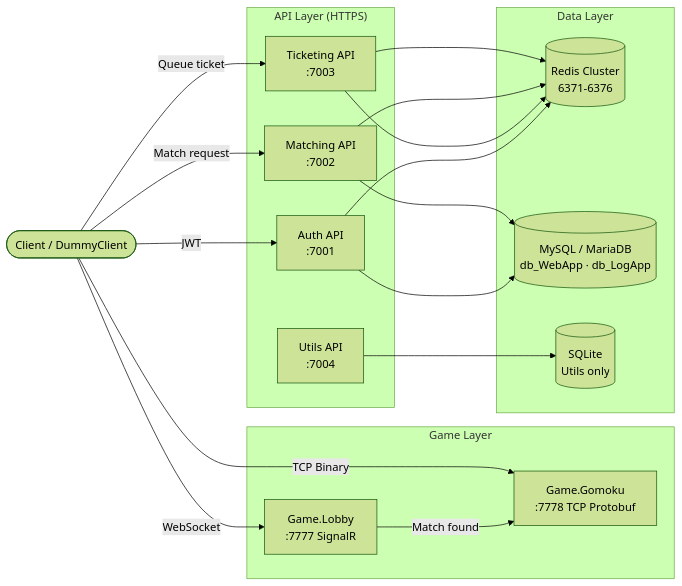
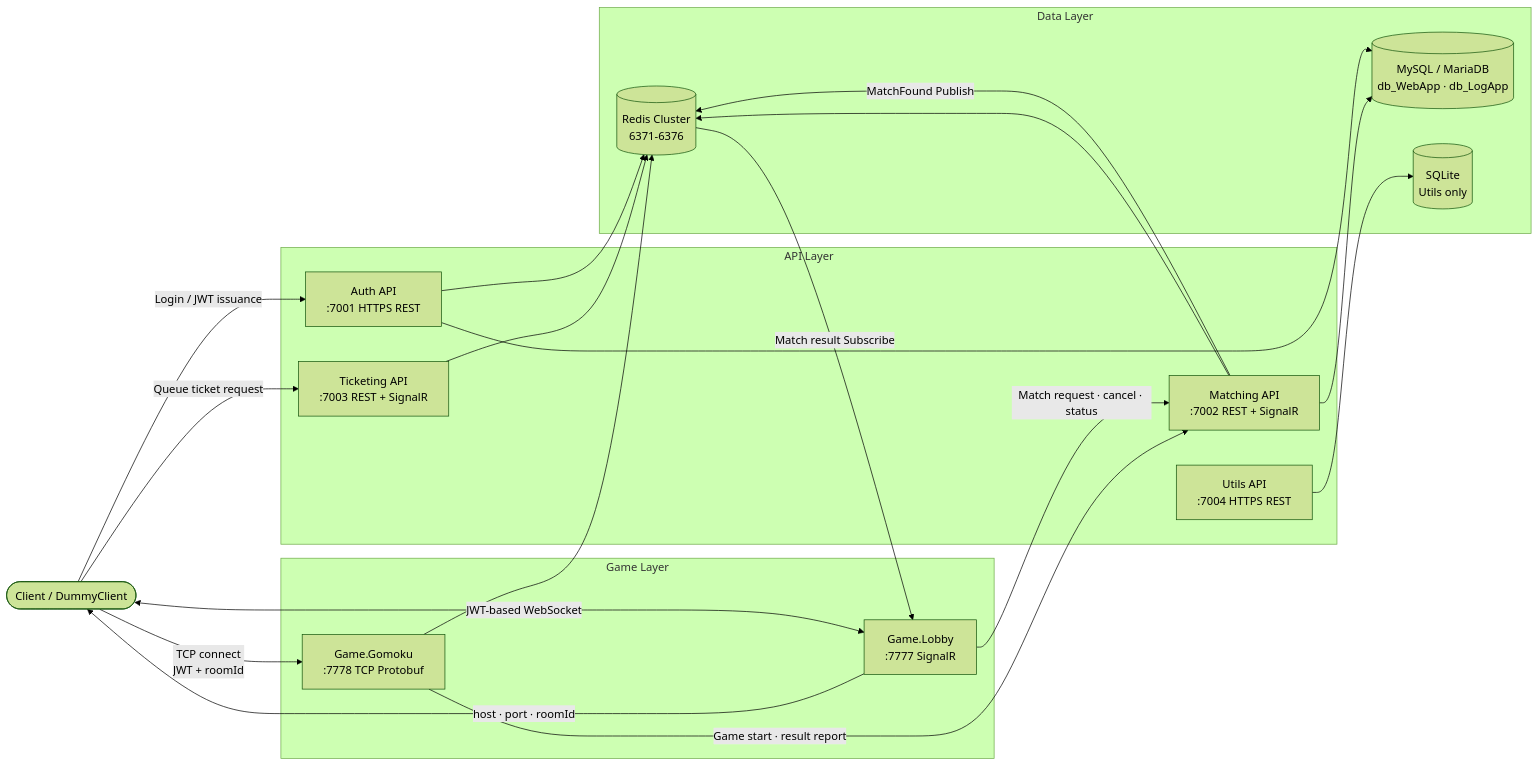
The first of 2 diagrams in README.en.md (rumdice/platformA), drawn with Mermaid (forest theme) before and after one commit. The commit also changed other lines of this file and 1 other file, not shown here.

````diff
--- a/README.en.md
+++ b/README.en.md
@@ -19,34 +19,42 @@
 ```mermaid
 flowchart LR
     Client(["Client / DummyClient"])
 
-    subgraph API["API Layer (HTTPS)"]
-        Auth["Auth API\n:7001"]
-        Ticket["Ticketing API\n:7003"]
-        Match["Matching API\n:7002"]
-        Utils["Utils API\n:7004"]
+    subgraph API["API Layer"]
+        Auth["Auth API\n:7001 HTTPS REST"]
+        Ticket["Ticketing API\n:7003 REST + SignalR"]
+        Match["Matching API\n:7002 REST + SignalR"]
+        Utils["Utils API\n:7004 HTTPS REST"]
     end
 
     subgraph Game["Game Layer"]
         Lobby["Game.Lobby\n:7777 SignalR"]
         Gomoku["Game.Gomoku\n:7778 TCP Protobuf"]
     end
 
     subgraph Data["Data Layer"]
         Redis[("Redis Cluster\n6371-6376")]
         MySQL[("MySQL / MariaDB\ndb_WebApp · db_LogApp")]
         SQLite[("SQLite\nUtils only")]
     end
 
-    Client -->|JWT| Auth
-    Client -->|Queue ticket| Ticket
-    Client -->|Match request| Match
-    Client -->|WebSocket| Lobby
-    Lobby -->|Match found| Gomoku
-    Client -->|TCP Binary| Gomoku
+    Client -->|Login / JWT issuance| Auth
+    Client -->|Queue ticket request| Ticket
+    Client <-->|JWT-based WebSocket| Lobby
 
-    Auth & Ticket & Match --> Redis
-    Auth & Match --> MySQL
+    Lobby -->|Match request · cancel · status| Match
+    Match -->|MatchFound Publish| Redis
+    Redis -->|Match result Subscribe| Lobby
+    Lobby -->|host · port · roomId| Client
+
+    Client -->|TCP connect\nJWT + roomId| Gomoku
+    Gomoku -->|Game start · result report| Match
+
+    Auth --> Redis
+    Auth --> MySQL
     Ticket --> Redis
+    Match --> Redis
+    Match --> MySQL
+    Gomoku --> Redis
     Utils --> SQLite
 ```
````
